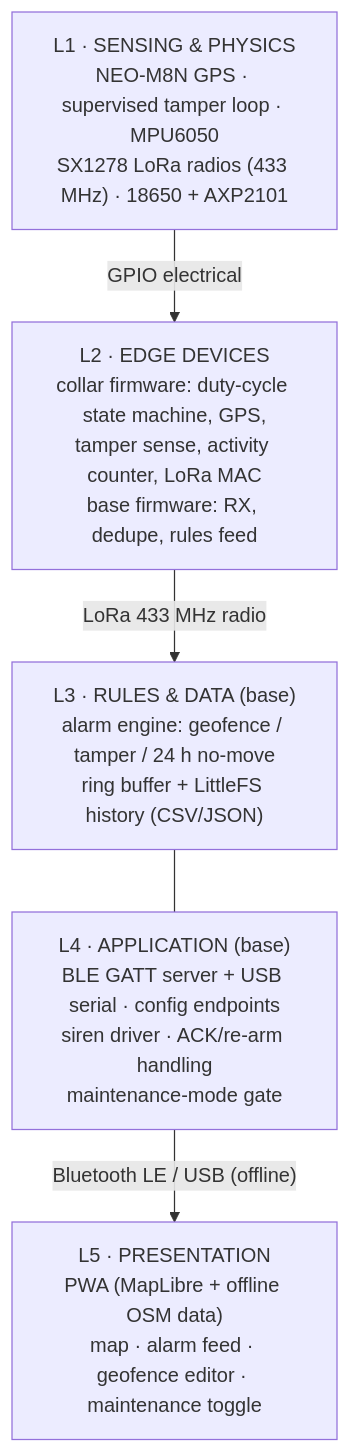
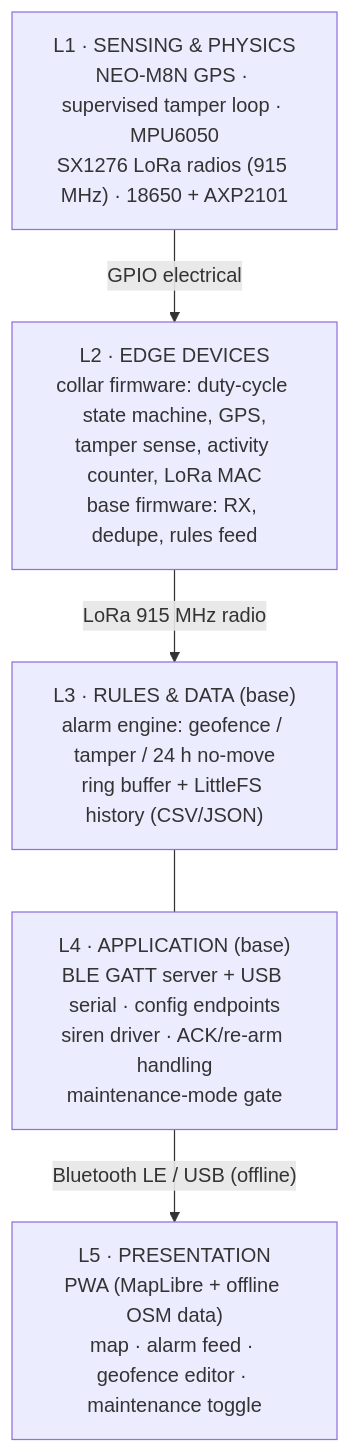
The first of 3 diagrams in docs/SYSTEM-ARCHITECTURE.md (qppd/smart-collar), drawn with Mermaid before and after one commit. The commit also changed other lines of this file and 15 other files, not shown here.

````diff
--- a/docs/SYSTEM-ARCHITECTURE.md
+++ b/docs/SYSTEM-ARCHITECTURE.md
@@ -9,12 +9,12 @@
 ```mermaid
 flowchart TB
     L5["L5 · PRESENTATION<br/>PWA (MapLibre + offline OSM data)<br/>map · alarm feed · geofence editor · maintenance toggle"]
     L4["L4 · APPLICATION (base)<br/>BLE GATT server + USB serial · config endpoints<br/>siren driver · ACK/re-arm handling<br/>maintenance-mode gate"]
     L3["L3 · RULES &amp; DATA (base)<br/>alarm engine: geofence / tamper / 24 h no-move<br/>ring buffer + LittleFS history (CSV/JSON)"]
     L2["L2 · EDGE DEVICES<br/>collar firmware: duty-cycle state machine, GPS,<br/>tamper sense, activity counter, LoRa MAC<br/>base firmware: RX, dedupe, rules feed"]
-    L1["L1 · SENSING &amp; PHYSICS<br/>NEO-M8N GPS · supervised tamper loop · MPU6050<br/>SX1278 LoRa radios (433 MHz) · 18650 + AXP2101"]
+    L1["L1 · SENSING &amp; PHYSICS<br/>NEO-M8N GPS · supervised tamper loop · MPU6050<br/>SX1276 LoRa radios (915 MHz) · 18650 + AXP2101"]
     L1 -- "GPIO electrical" --> L2
-    L2 -- "LoRa 433 MHz radio" --> L3
+    L2 -- "LoRa 915 MHz radio" --> L3
     L3 --- L4
     L4 -- "Bluetooth LE / USB (offline)" --> L5
 ```
````
